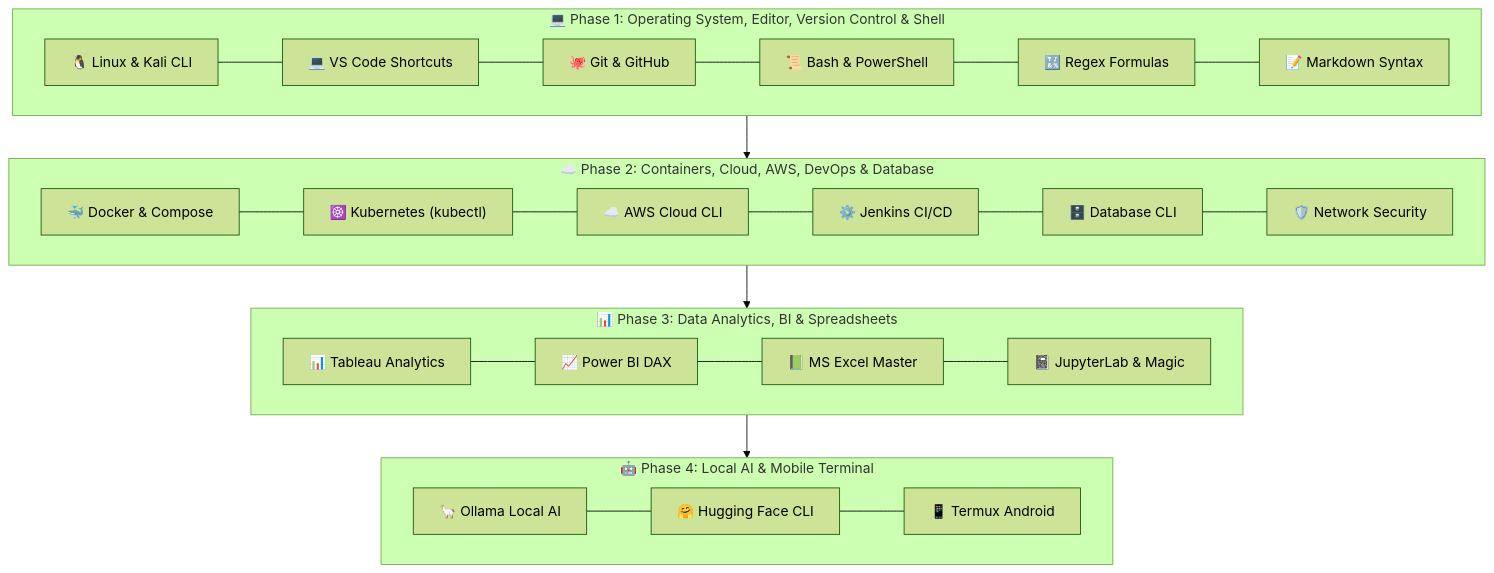
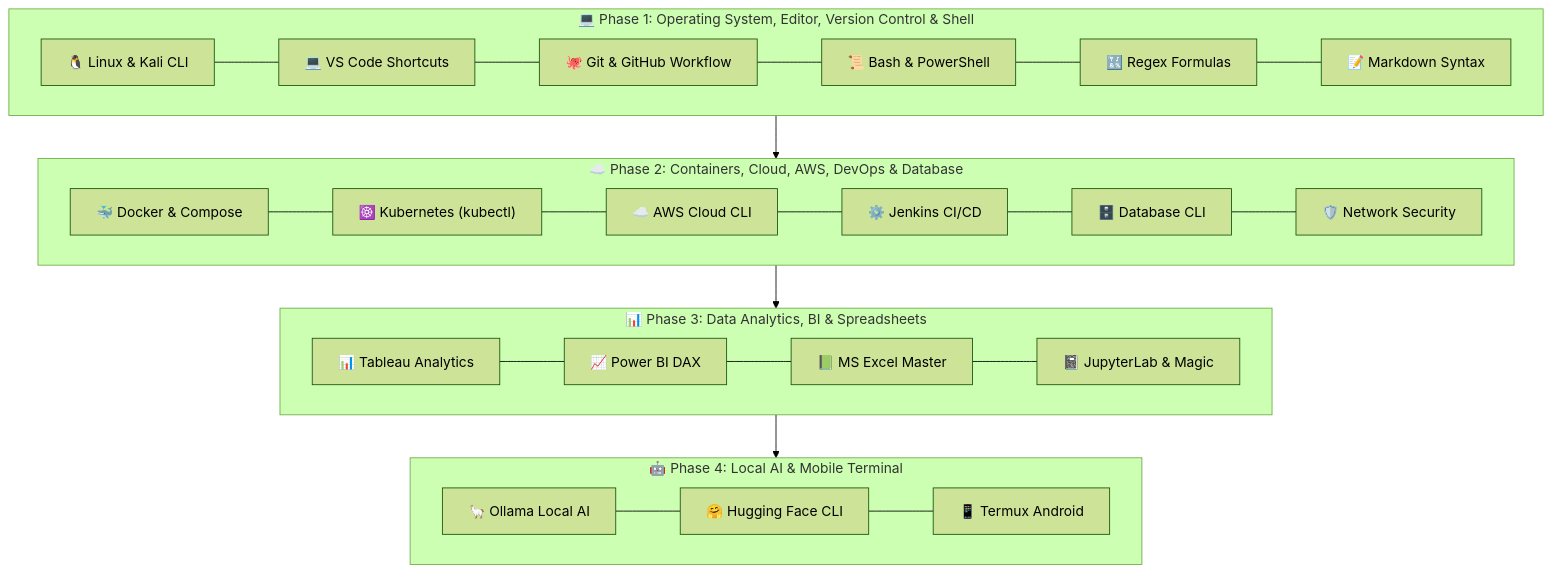
The diagram in README.md (techindro/Penetration-testing-toolkit), drawn with Mermaid (forest theme) before and after one commit. The commit also changed other lines of this file and 1 other file, not shown here.

Commit message:
docs: add complete end-to-end Git workflow (git init, config, add, commit, branch -M main, remote add origin, push -u origin main, clone)

````diff
--- a/README.md
+++ b/README.md
@@ -34,20 +34,20 @@
 ```mermaid
 graph TD
     subgraph Phase1["💻 Phase 1: Operating System, Editor, Version Control & Shell"]
-        A1["🐧 Linux & Kali CLI"] --- A2["💻 VS Code Shortcuts"] --- A3["🐙 Git & GitHub"] --- A4["📜 Bash & PowerShell"] --- A5["🔣 Regex Formulas"] --- A6["📝 Markdown Syntax"]
+        A1["🐧 Linux & Kali CLI"] --- A2["💻 VS Code Shortcuts"] --- A3["🐙 Git & GitHub Workflow"] --- A4["📜 Bash & PowerShell"] --- A5["🔣 Regex Formulas"] --- A6["📝 Markdown Syntax"]
     end
 
     subgraph Phase2["☁️ Phase 2: Containers, Cloud, AWS, DevOps & Database"]
         B1["🐳 Docker & Compose"] --- B2["☸️ Kubernetes (kubectl)"] --- B3["☁️ AWS Cloud CLI"] --- B4["⚙️ Jenkins CI/CD"] --- B5["🗄️ Database CLI"] --- B6["🛡️ Network Security"]
     end
 
     subgraph Phase3["📊 Phase 3: Data Analytics, BI & Spreadsheets"]
         C1["📊 Tableau Analytics"] --- C2["📈 Power BI DAX"] --- C3["📗 MS Excel Master"] --- C4["📓 JupyterLab & Magic"]
     end
 
     subgraph Phase4["🤖 Phase 4: Local AI & Mobile Terminal"]
         D1["🦙 Ollama Local AI"] --- D2["🤗 Hugging Face CLI"] --- D3["📱 Termux Android"]
     end
 
     Phase1 --> Phase2 --> Phase3 --> Phase4
 ```
````
